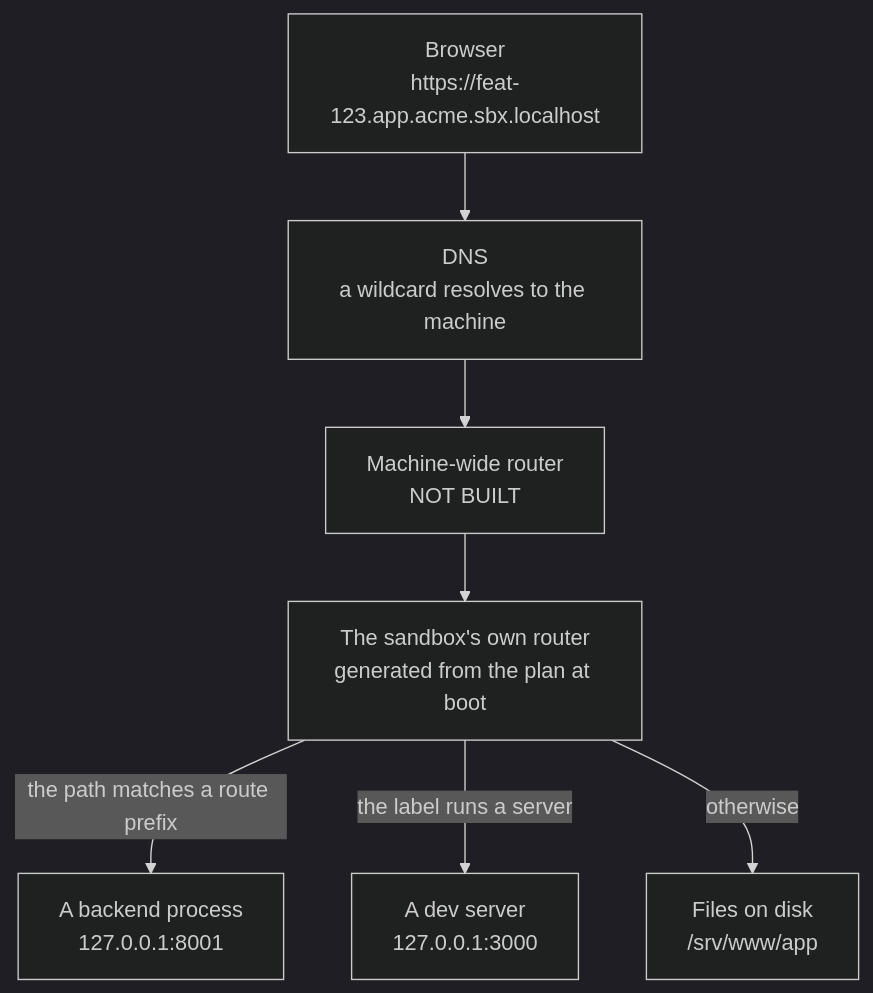
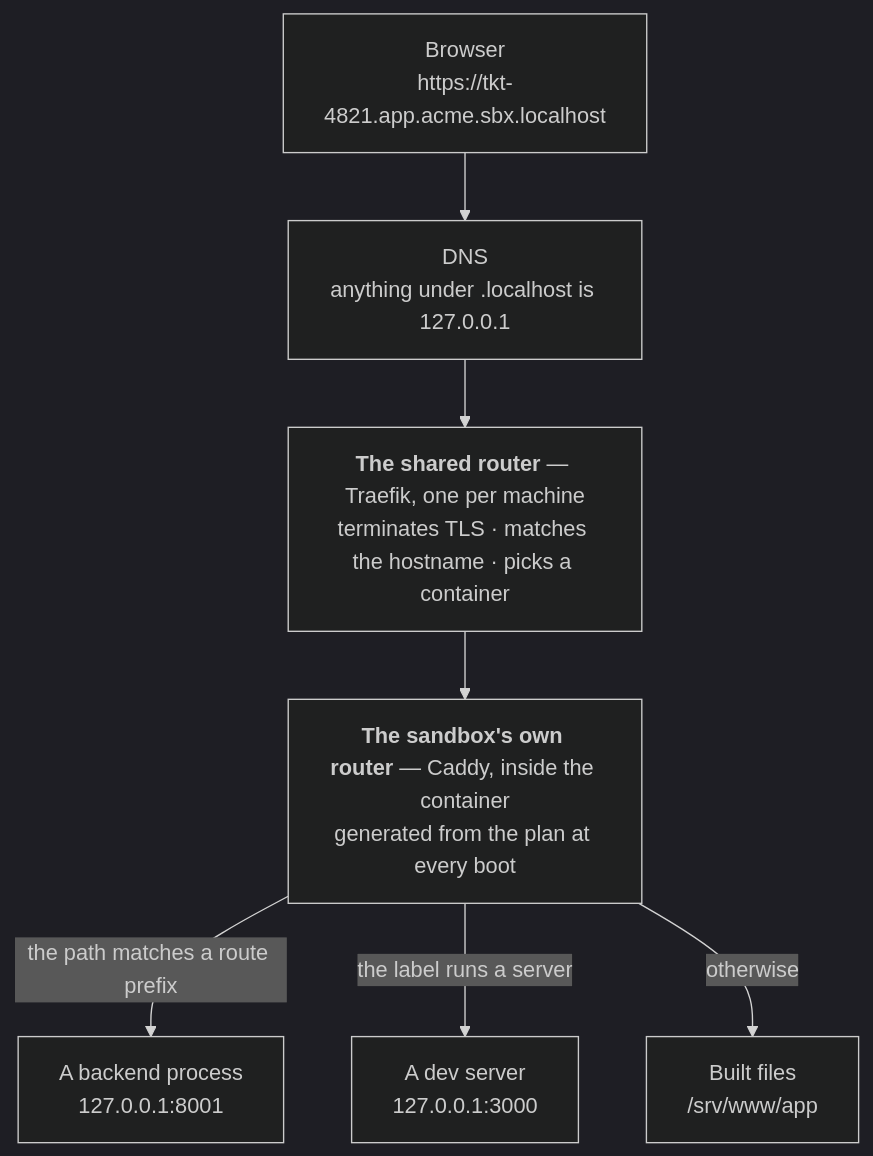
The diagram in docs/architecture/request-path.md (mattmoran56/sandboxer-core), drawn with Mermaid (dark theme) before and after one commit. The commit also changed other lines of this file and 11 other files, not shown here.

````diff
--- a/docs/architecture/request-path.md
+++ b/docs/architecture/request-path.md
@@ -29,14 +11,14 @@
 ```mermaid
 flowchart TB
-  b["Browser<br/>https://feat-123.app.acme.sbx.localhost"]
-  dns["DNS<br/>a wildcard resolves to the machine"]
-  r["Machine-wide router<br/>NOT BUILT"]
-  ir["The sandbox's own router<br/>generated from the plan at boot"]
-  st["Files on disk<br/>/srv/www/app"]
+  b["Browser<br/>https://tkt-4821.app.acme.sbx.localhost"]
+  dns["DNS<br/>anything under .localhost is 127.0.0.1"]
+  r["<b>The shared router</b> — Traefik, one per machine<br/>terminates TLS · matches the hostname · picks a container"]
+  ir["<b>The sandbox's own router</b> — Caddy, inside the container<br/>generated from the plan at every boot"]
+  st["Built files<br/>/srv/www/app"]
   be["A backend process<br/>127.0.0.1:8001"]
   sv["A dev server<br/>127.0.0.1:3000"]
   b --> dns --> r --> ir
   ir -->|"the path matches a route prefix"| be
   ir -->|"the label runs a server"| sv
   ir -->|"otherwise"| st
 ```
````
